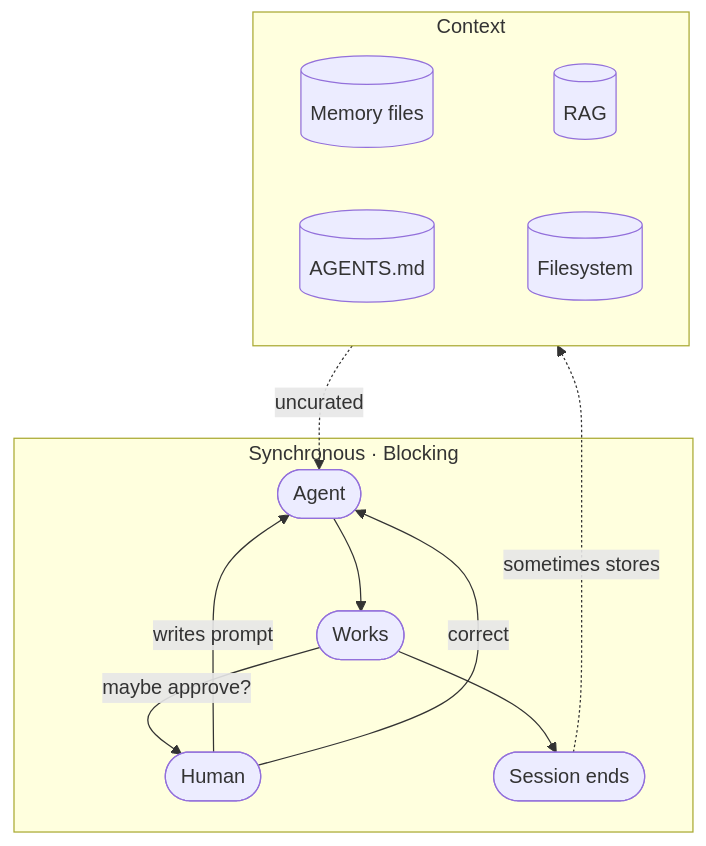
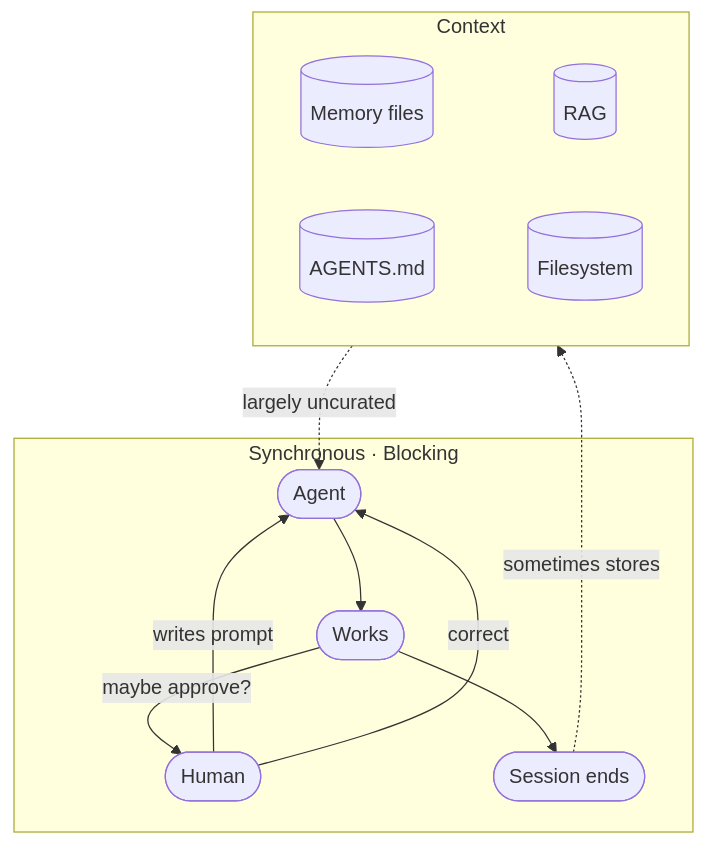
One commit to thiscantbeserious/erika changed the fourth of 5 diagrams in VISION.md. Above: the diagram before and after it, drawn with Mermaid.

````diff
--- a/VISION.md
+++ b/VISION.md
@@ -71,19 +71,19 @@
 ```mermaid
 graph TD
     subgraph Session["Synchronous · Blocking"]
         Human([Human]) -->|writes prompt| Agent([Agent])
         Agent --> Work([Works])
         Work -->|maybe approve?| Human
         Human -->|correct| Agent
         Work --> Done([Session ends])
     end
 
     subgraph Static["Context"]
         direction LR
         Memory[(Memory files)] ~~~ RAG[(RAG)]
         Instructions[(AGENTS.md)] ~~~ FS[(Filesystem)]
     end
 
-    Static -.->|uncurated| Agent
+    Static -.->|largely uncurated| Agent
     Done -.->|sometimes stores| Memory
 ```
````
